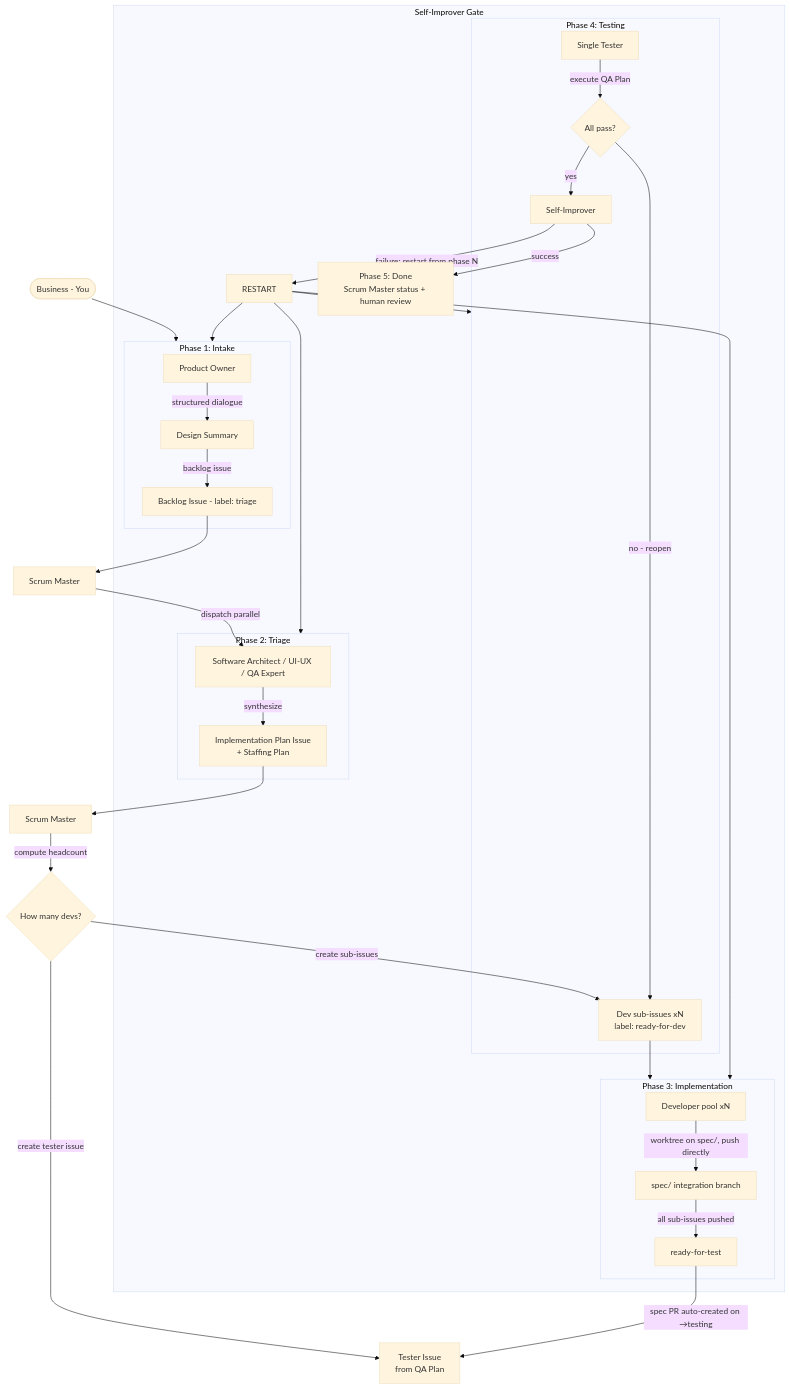
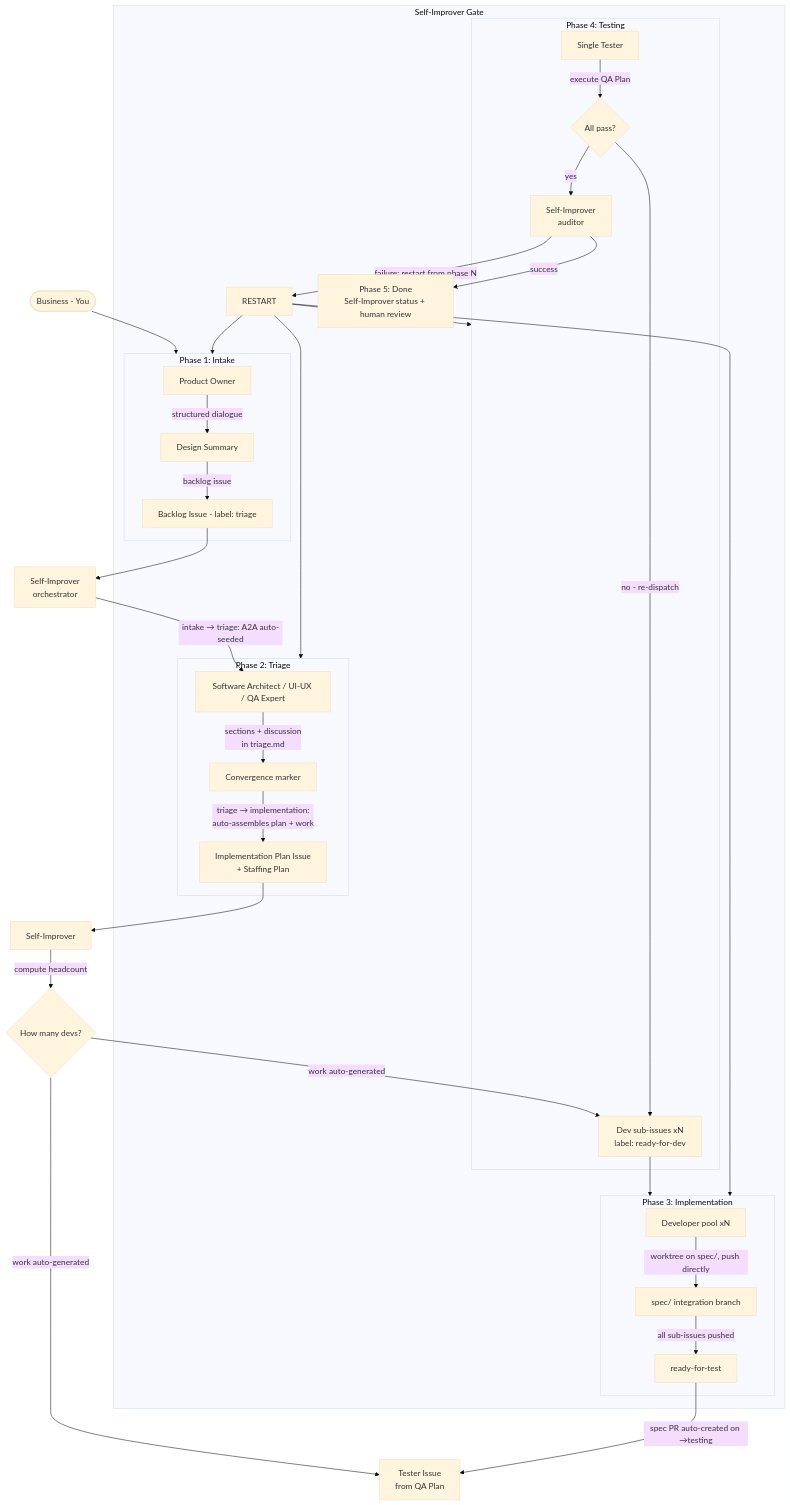
The diagram in docs/agentic-pipeline/pipeline.md (FredoAi/fredo), drawn with Mermaid (base theme) before and after one commit. The commit also changed other lines of this file and 40 other files, not shown here.

````diff
--- a/docs/agentic-pipeline/pipeline.md
+++ b/docs/agentic-pipeline/pipeline.md
@@ -14,49 +16,50 @@
 ```mermaid
 flowchart TD
     B([Business - You]) --> P1
 
     subgraph P1[Phase 1: Intake]
         PO[Product Owner]
         PO --> |structured dialogue| SUM[Design Summary]
         SUM --> |backlog issue| BL[Backlog Issue - label: triage]
     end
 
-    BL --> SM1[Scrum Master]
-    SM1 --> |dispatch parallel| TRIAGE
+    BL --> SI1[Self-Improver<br/>orchestrator]
+    SI1 --> |intake → triage: A2A auto-seeded| TRIAGE
     subgraph P2[Phase 2: Triage]
         TRIAGE[Software Architect / UI-UX / QA Expert]
-        TRIAGE --> |synthesize| IP[Implementation Plan Issue<br/>+ Staffing Plan]
+        TRIAGE --> |sections + discussion<br/>in triage.md| CONV[Convergence marker]
+        CONV --> |triage → implementation:<br/>auto-assembles plan + work| IP[Implementation Plan Issue<br/>+ Staffing Plan]
     end
 
-    IP --> SM2[Scrum Master]
-    SM2 --> |compute headcount| HEAD{How many devs?}
-    HEAD --> |create sub-issues| SUB[Dev sub-issues xN<br/>label: ready-for-dev]
-    HEAD --> |create tester issue| TIS[Tester Issue<br/>from QA Plan]
+    IP --> SI2[Self-Improver]
+    SI2 --> |compute headcount| HEAD{How many devs?}
+    HEAD --> |work auto-generated| SUB[Dev sub-issues xN<br/>label: ready-for-dev]
+    HEAD --> |work auto-generated| TIS[Tester Issue<br/>from QA Plan]
 
     SUB --> P3
     subgraph P3[Phase 3: Implementation]
         DEV[Developer pool xN]
         DEV --> |worktree on spec/<N>, push directly| SPEC[spec/<N> integration branch]
         SPEC --> |all sub-issues pushed| READY[ready-for-test]
     end
 
     READY --> |spec PR auto-created on →testing| TIS
     subgraph P4[Phase 4: Testing]
         T[Single Tester]
         T --> |execute QA Plan| VERDICT{All pass?}
-        VERDICT --> |no - reopen| SUB
+        VERDICT --> |no - re-dispatch| SUB
         VERDICT --> |yes| AUDIT
     end
 
     subgraph GATE[Self-Improver Gate]
-        AUDIT[Self-Improver]
+        AUDIT[Self-Improver<br/>auditor]
         AUDIT --> |success| DONE2
         AUDIT --> |failure: restart from phase N| RESTART
         RESTART --> P1
         RESTART --> P2
         RESTART --> P3
         RESTART --> P4
     end
 
-    DONE2[Phase 5: Done<br/>Scrum Master status + human review]
+    DONE2[Phase 5: Done<br/>Self-Improver status + human review]
 ```
````
